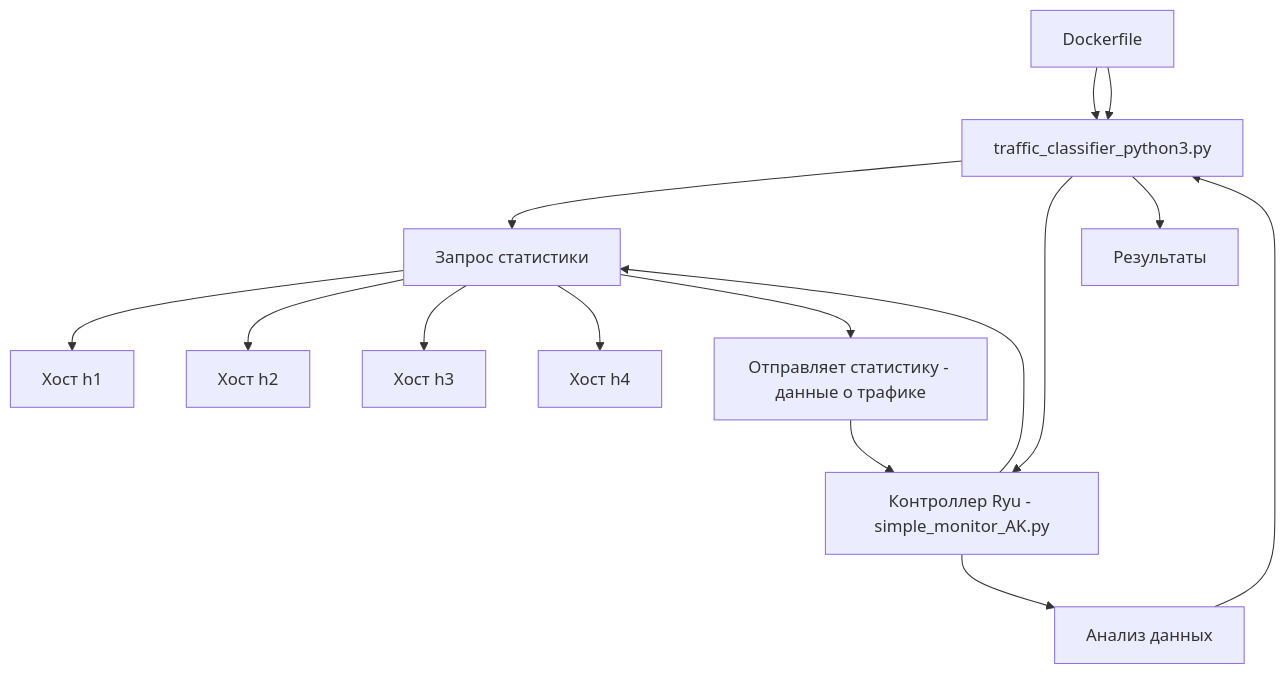
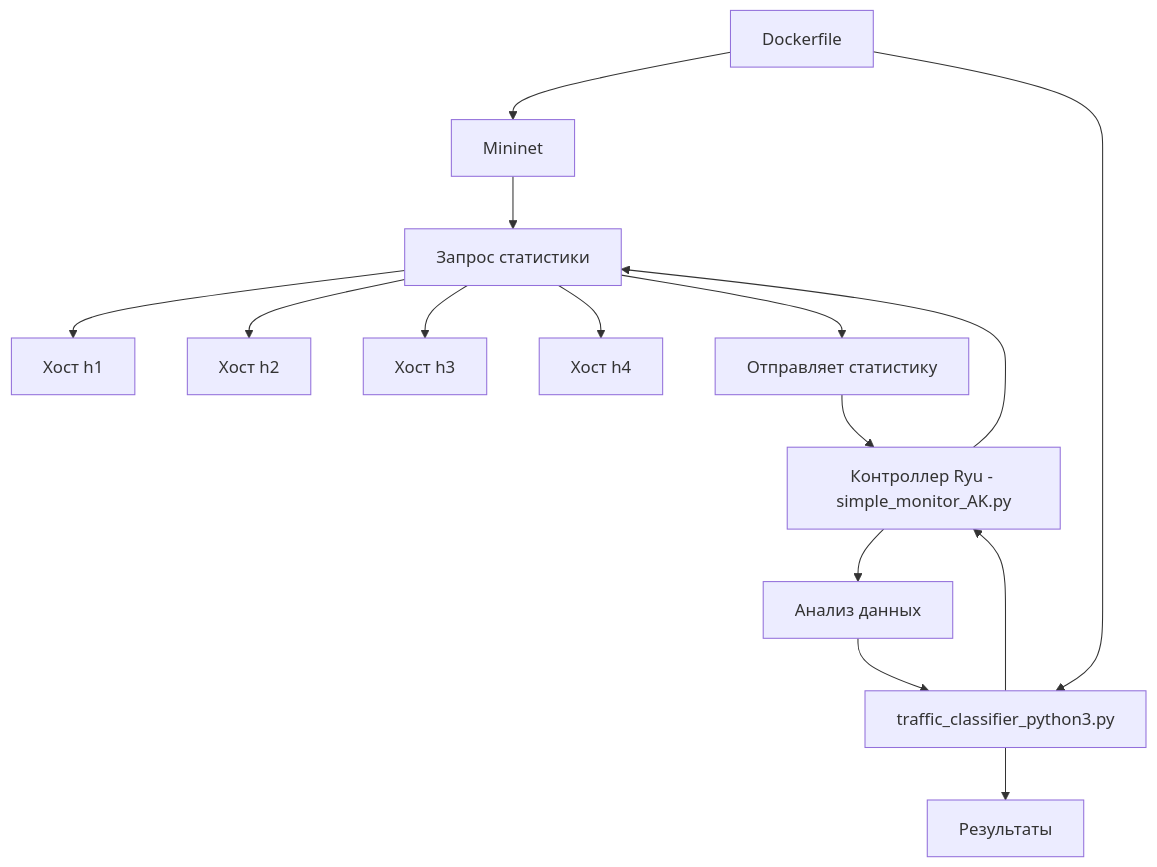
Before and after one commit to kartavu/Diplom: the first of 2 diagrams in README.md, drawn with Mermaid.

````diff
--- a/README.md
+++ b/README.md
@@ -56,18 +56,18 @@
 ```mermaid
 graph TD
   A[Dockerfile] --> B[Mininet]
   B --> S1[Коммутатор s1]
   S1 --> H1[Хост h1]
   S1 --> H2[Хост h2]
   S1 --> H3[Хост h3]
   S1 --> H4[Хост h4]
 
-  A --> B[traffic_classifier_python3.py]
-  B --> C[Контроллер Ryu - simple_monitor_AK.py]
-  C --> S1[Запрос статистики]
-  S1 --> D[Отправляет статистику - данные о трафике]
-  D --> C
-  C --> E[Анализ данных]
-  E --> B
-  B --> F[Pезультаты]
+  A --> C[traffic_classifier_python3.py]
+  C --> D[Контроллер Ryu - simple_monitor_AK.py]
+  D --> S1[Запрос статистики]
+  S1 --> E[Отправляет статистику]
+  E --> D
+  D --> F[Анализ данных]
+  F --> C
+  C --> G[Pезультаты]
 ```
````
